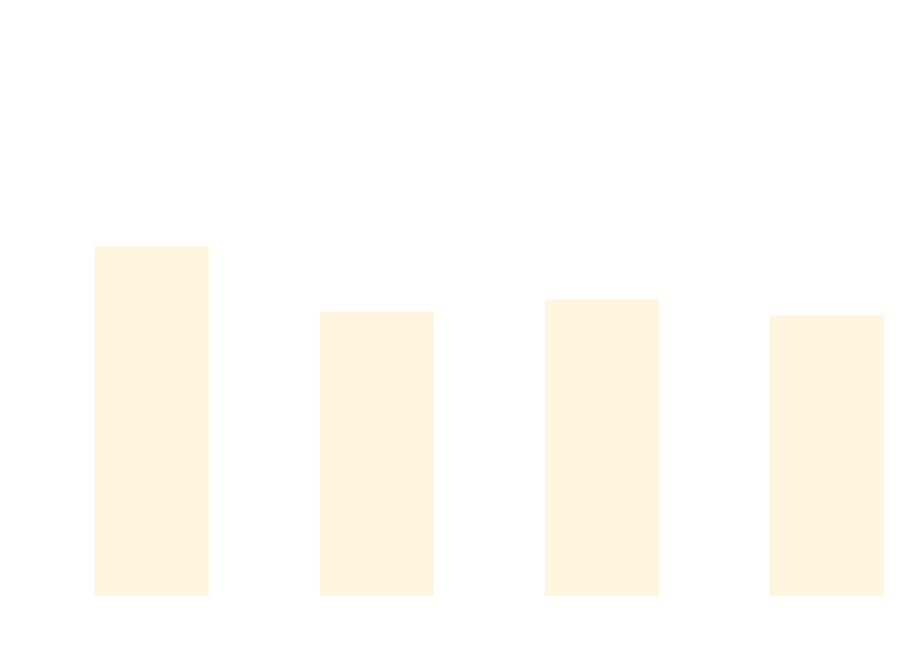
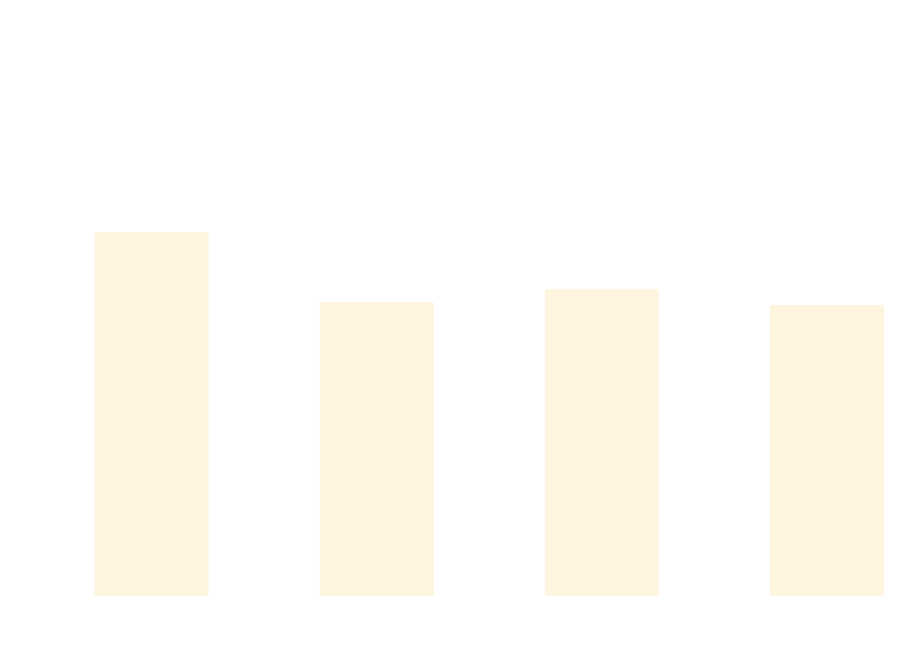
Before and after one commit to thomhurst/TUnit: the diagram in docs/docs/benchmarks/BuildTime.md, drawn with Mermaid. The commit also changed other lines of this file and 17 other files, not shown here.

````diff
--- a/docs/docs/benchmarks/BuildTime.md
+++ b/docs/docs/benchmarks/BuildTime.md
@@ -28,37 +28,37 @@
 ```mermaid
 %%{init: {
   'theme':'base',
   'themeVariables': {
     'primaryColor': '#2563eb',
     'primaryTextColor': '#ffffff',
     'primaryBorderColor': '#1e40af',
     'lineColor': '#6b7280',
     'secondaryColor': '#7c3aed',
     'tertiaryColor': '#dc2626',
     'background': '#ffffff',
     'mainBkg': '#2563eb',
     'secondBkg': '#7c3aed',
     'tertiaryBkg': '#dc2626',
     'clusterBkg': '#f3f4f6',
     'edgeLabelBackground': '#ffffff',
     'tertiaryTextColor': '#1f2937',
     'pie1': '#2563eb',
     'pie2': '#7c3aed',
     'pie3': '#dc2626',
     'pie4': '#f59e0b',
     'pie5': '#10b981',
     'pie6': '#06b6d4',
     'pie7': '#ec4899',
     'pie8': '#6366f1',
     'pie9': '#84cc16',
     'pie10': '#f97316',
     'pie11': '#14b8a6',
     'pie12': '#a855f7'
   }
 }}%%
 xychart-beta
   title "Build Time Comparison"
   x-axis ["Build_TUnit", "Build_NUnit", "Build_MSTest", "Build_xUnit3"]
   y-axis "Time (s)" 0 --> 3
-  bar [1.991, 1.609, 1.68, 1.587]
+  bar [2.074, 1.664, 1.739, 1.647]
 ```
````
